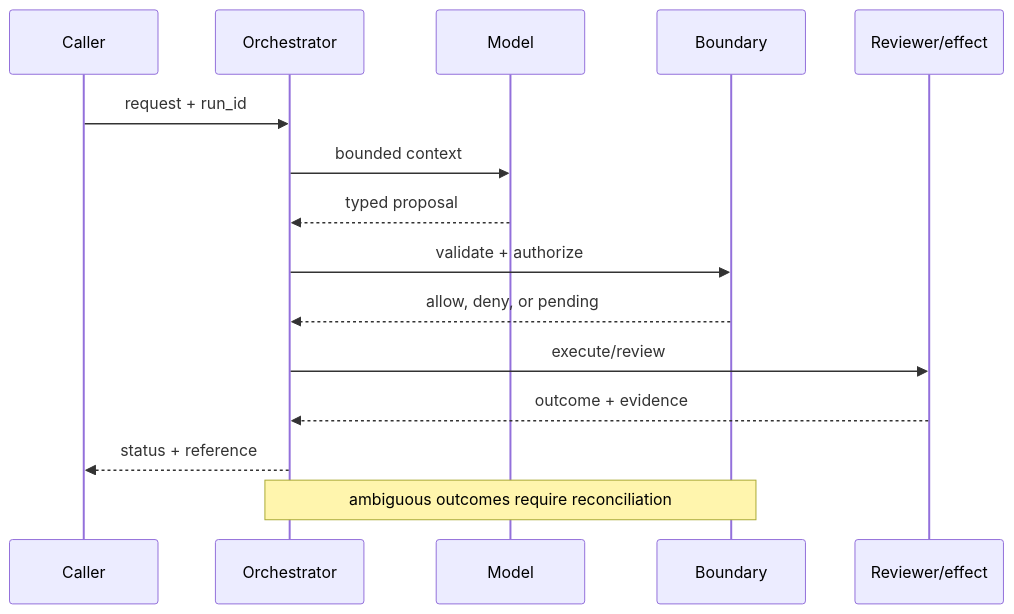
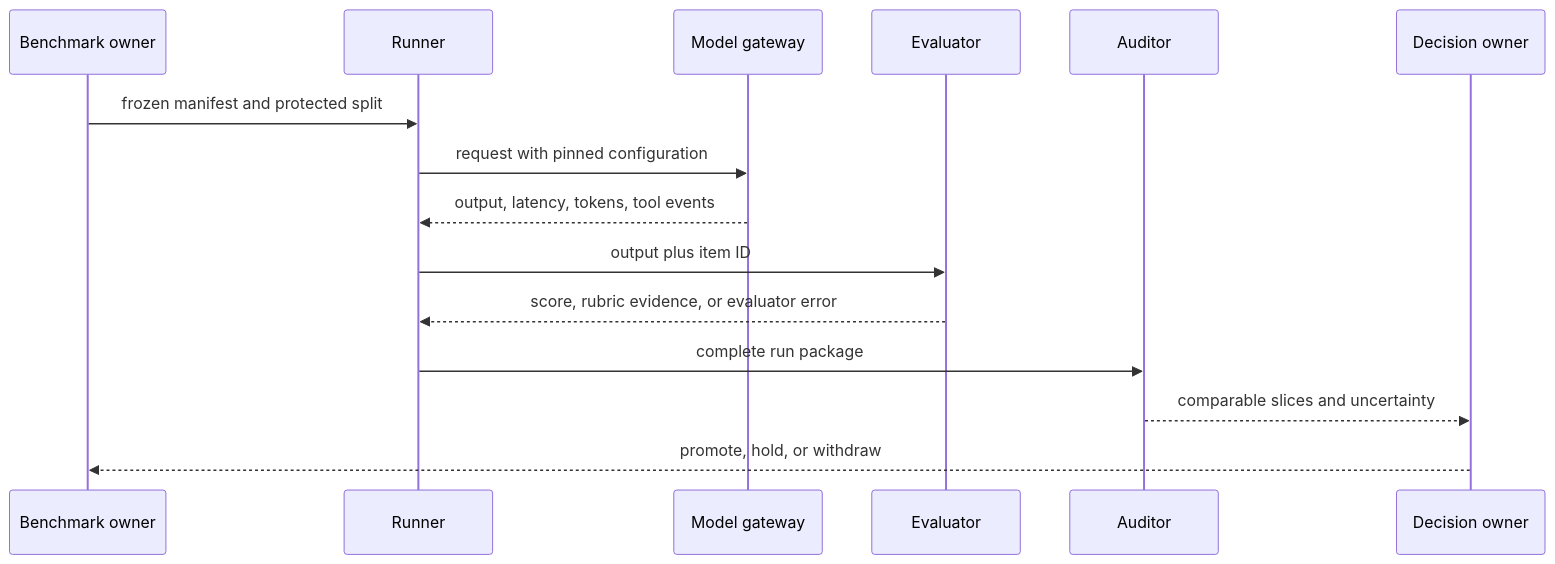
One commit to souradeepta/ai-monthly-concepts changed the fourth of 4 diagrams in months/2026-02/16-model-benchmarking.md. Above: the diagram before and after it, drawn with Mermaid. The commit also changed other lines of this file and 2 other files, not shown here.

Commit message:
repair: rebuild February model benchmarking lesson

````diff
--- a/months/2026-02/16-model-benchmarking.md
+++ b/months/2026-02/16-model-benchmarking.md
@@ -77,17 +86,17 @@
 ```mermaid
 sequenceDiagram
-  participant U as Caller
-  participant O as Orchestrator
-  participant M as Model
-  participant P as Boundary
-  participant H as Reviewer/effect
-  U->>O: request + run_id
-  O->>M: bounded context
-  M-->>O: typed proposal
-  O->>P: validate + authorize
-  P-->>O: allow, deny, or pending
-  O->>H: execute/review
-  H-->>O: outcome + evidence
-  O-->>U: status + reference
-  Note over O,P: ambiguous outcomes require reconciliation
+  participant B as Benchmark owner
+  participant R as Runner
+  participant M as Model gateway
+  participant E as Evaluator
+  participant A as Auditor
+  participant D as Decision owner
+  B->>R: frozen manifest and protected split
+  R->>M: request with pinned configuration
+  M-->>R: output, latency, tokens, tool events
+  R->>E: output plus item ID
+  E-->>R: score, rubric evidence, or evaluator error
+  R->>A: complete run package
+  A-->>D: comparable slices and uncertainty
+  D-->>B: promote, hold, or withdraw
 ```
````
